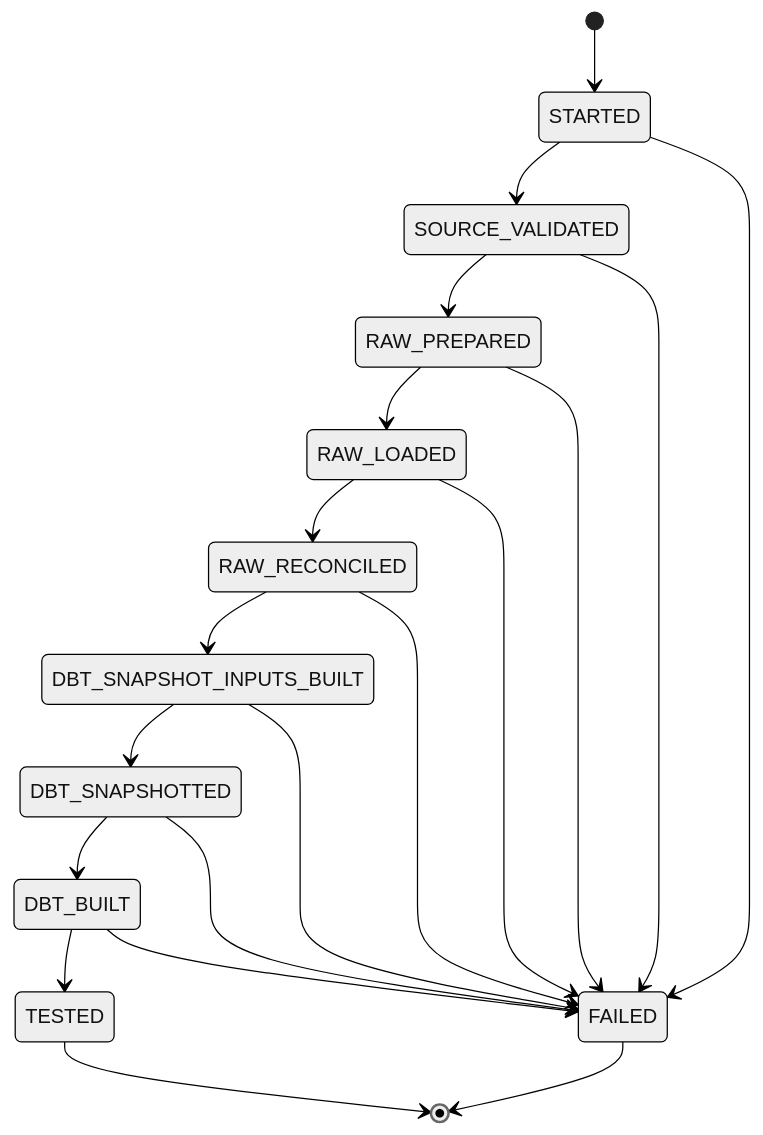
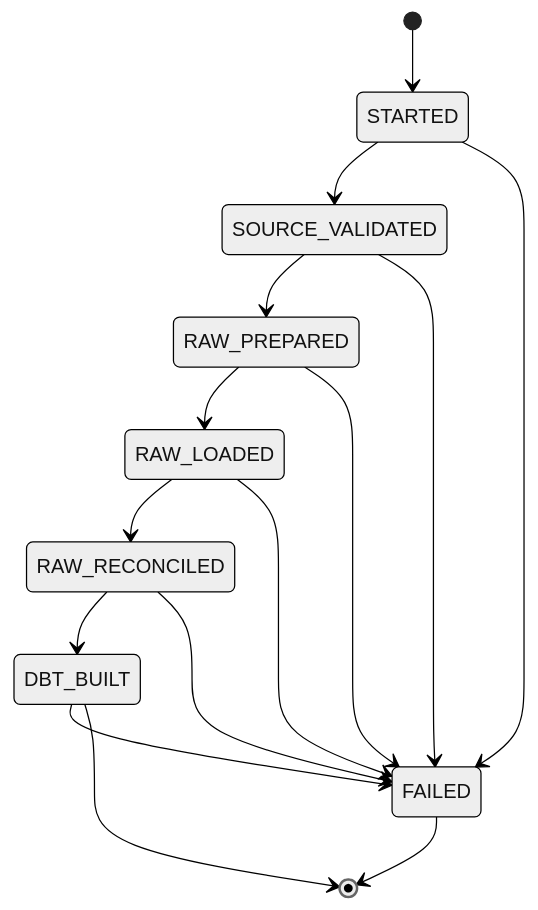
The fourth of 6 diagrams in docs/diagrams.md (eugenekarpov/olist-analytics-engineering-pipeline), drawn with Mermaid (neutral theme) before and after one commit. The commit also changed 3 other files, not shown here.

````diff
--- a/docs/diagrams.md
+++ b/docs/diagrams.md
@@ -112,22 +112,17 @@
 ```mermaid
 stateDiagram-v2
     [*] --> STARTED
     STARTED --> SOURCE_VALIDATED
     SOURCE_VALIDATED --> RAW_PREPARED
     RAW_PREPARED --> RAW_LOADED
     RAW_LOADED --> RAW_RECONCILED
-    RAW_RECONCILED --> DBT_SNAPSHOT_INPUTS_BUILT
-    DBT_SNAPSHOT_INPUTS_BUILT --> DBT_SNAPSHOTTED
-    DBT_SNAPSHOTTED --> DBT_BUILT
-    DBT_BUILT --> TESTED
+    RAW_RECONCILED --> DBT_BUILT
     STARTED --> FAILED
     SOURCE_VALIDATED --> FAILED
     RAW_PREPARED --> FAILED
     RAW_LOADED --> FAILED
     RAW_RECONCILED --> FAILED
-    DBT_SNAPSHOT_INPUTS_BUILT --> FAILED
-    DBT_SNAPSHOTTED --> FAILED
     DBT_BUILT --> FAILED
-    TESTED --> [*]
+    DBT_BUILT --> [*]
     FAILED --> [*]
 ```
````
